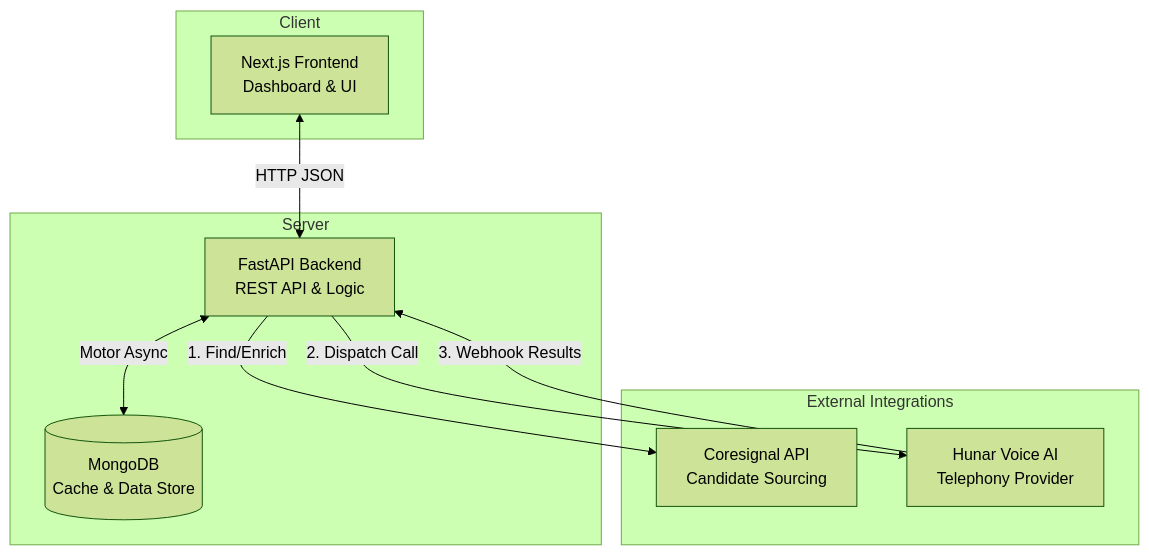
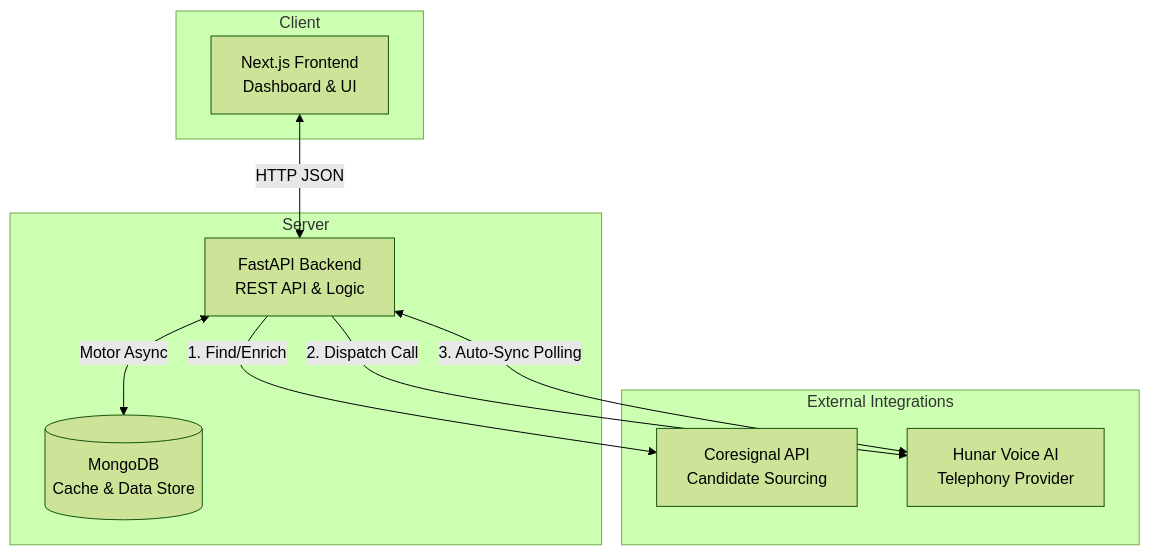
The diagram in README.md (divyanshu-code/HireMe.Ai), drawn with Mermaid (forest theme) before and after one commit. The commit also changed other lines of this file, not shown here.

````diff
--- a/README.md
+++ b/README.md
@@ -45,26 +45,26 @@
 ```mermaid
 graph TD
     %% Frontend
     subgraph Client
         UI[Next.js Frontend\nDashboard & UI]
     end
 
     %% Backend
     subgraph Server
         API[FastAPI Backend\nREST API & Logic]
         DB[(MongoDB\nCache & Data Store)]
     end
 
     %% External APIs
     subgraph External Integrations
         Coresignal[Coresignal API\nCandidate Sourcing]
         Hunar[Hunar Voice AI\nTelephony Provider]
     end
 
     %% Interactions
     UI <-->|HTTP JSON| API
     API <-->|Motor Async| DB
     API -->|1. Find/Enrich| Coresignal
     API -->|2. Dispatch Call| Hunar
-    Hunar -->|3. Webhook Results| API
+    API <-->|3. Auto-Sync Polling| Hunar
 ```
````
